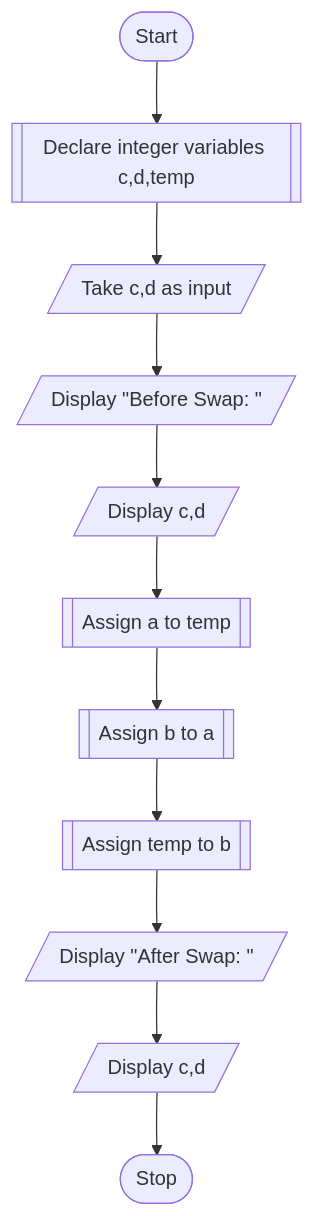
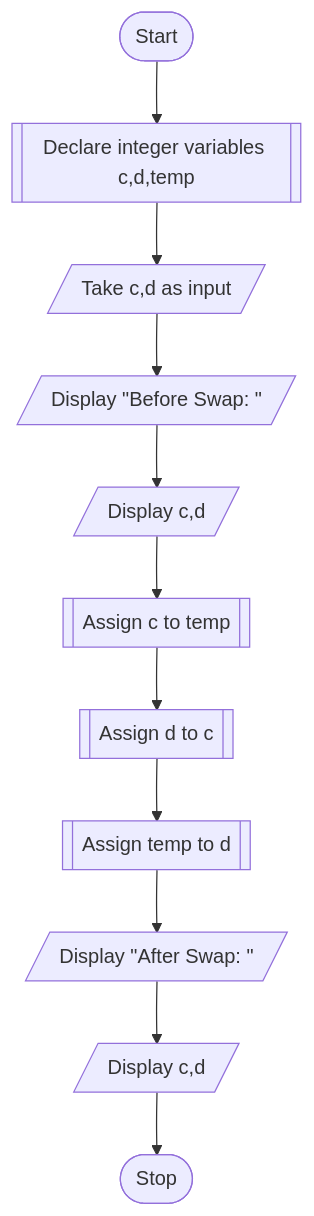
One commit to Sree2011/Exercises-c-java-python changed the diagram in Pseudocodes/Chapter-2/Problem6.md. Above: the diagram before and after it, drawn with Mermaid.

Commit message:
modified:   Pseudocodes/Chapter-2/Problem6.md

````diff
--- a/Pseudocodes/Chapter-2/Problem6.md
+++ b/Pseudocodes/Chapter-2/Problem6.md
@@ -35,13 +35,13 @@
 ```mermaid
 flowchart TD
 A([Start]) --> B[[Declare integer variables c,d,temp]]
 B --> C[/Take c,d as input/]
 C --> D[/Display "Before Swap: "/]
 D --> E[/"Display c,d"/]
-E --> F[[Assign a to temp]]
-F -->G[[Assign b to a]]
-G -->H[[Assign temp to b]]
+E --> F[[Assign c to temp]]
+F -->G[[Assign d to c]]
+G -->H[[Assign temp to d]]
 H --> I[/Display "After Swap: "/]
 I --> J[/"Display c,d"/]
 J --> K([Stop])
 ```
````
